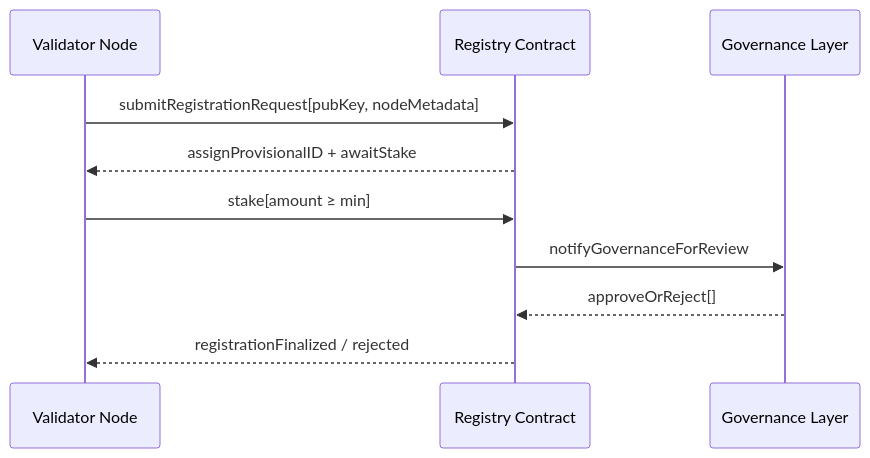
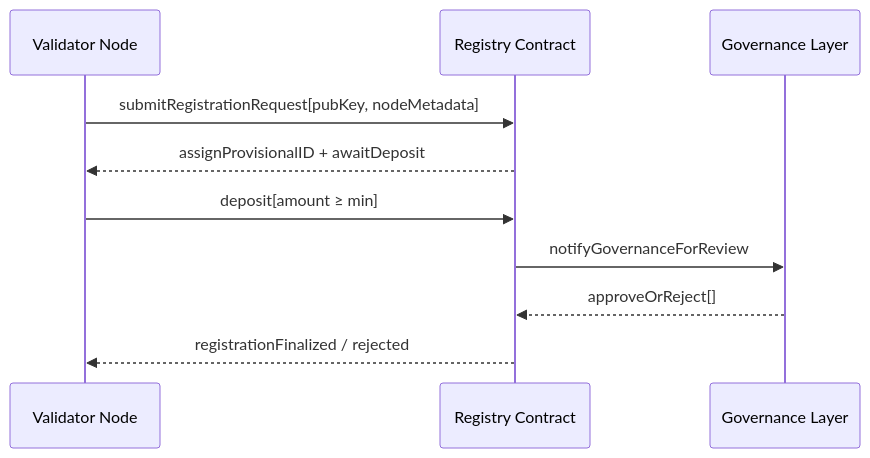
One commit to Aros-Technology-Studio/AST-Aros-Financial-Paradigm changed the diagram in 11_validator_staking_and_payments/validator_registration.md. Above: the diagram before and after it, drawn with Mermaid. The commit also changed other lines of this file and 10 other files, not shown here.

````diff
--- a/11_validator_staking_and_payments/validator_registration.md
+++ b/11_validator_staking_and_payments/validator_registration.md
@@ -29,13 +29,13 @@
 ```mermaid
 sequenceDiagram
     participant V as Validator Node
     participant R as Registry Contract
     participant G as Governance Layer
 
     V->>R: submitRegistrationRequest[pubKey, nodeMetadata]
-    R-->>V: assignProvisionalID + awaitStake
-    V->>R: stake[amount ≥ min]
+    R-->>V: assignProvisionalID + awaitDeposit
+    V->>R: deposit[amount ≥ min]
     R->>G: notifyGovernanceForReview
     G-->>R: approveOrReject[]
     R-->>V: registrationFinalized / rejected
 ```
````
